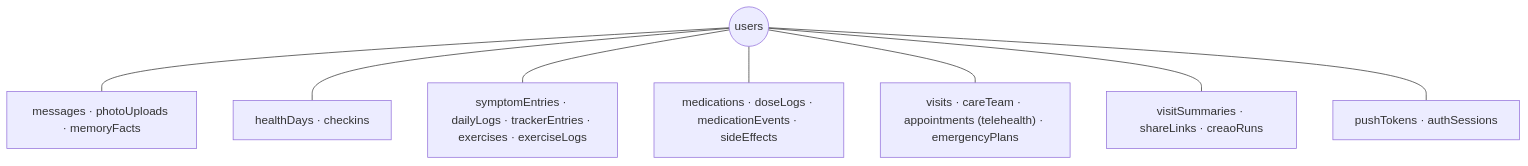
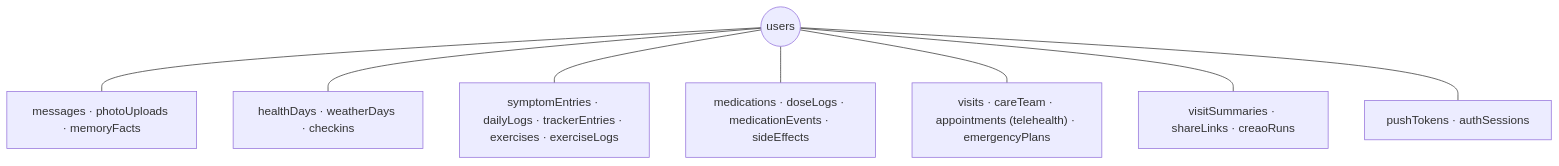
The third of 4 diagrams in README.md (johnandrian/wellnest), drawn with Mermaid before and after one commit. The commit also changed other lines of this file, not shown here.

Commit message:
doc: describe patterns, weather triggers, charts in chat, appointment questions and the weekly summary in the README

````diff
--- a/README.md
+++ b/README.md
@@ -84,11 +86,11 @@
 ```mermaid
 flowchart TB
   users(("users"))
   users --- chat["messages · photoUploads · memoryFacts"]
-  users --- health["healthDays · checkins"]
+  users --- health["healthDays · weatherDays · checkins"]
   users --- journal["symptomEntries · dailyLogs · trackerEntries · exercises · exerciseLogs"]
   users --- meds["medications · doseLogs · medicationEvents · sideEffects"]
   users --- care["visits · careTeam · appointments (telehealth) · emergencyPlans"]
   users --- out["visitSummaries · shareLinks · creaoRuns"]
   users --- devices["pushTokens · authSessions"]
 ```
````
